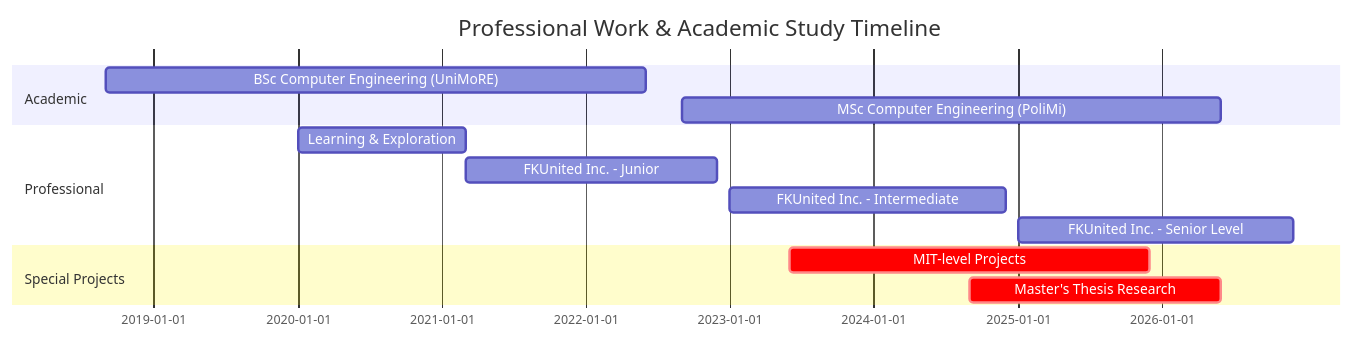
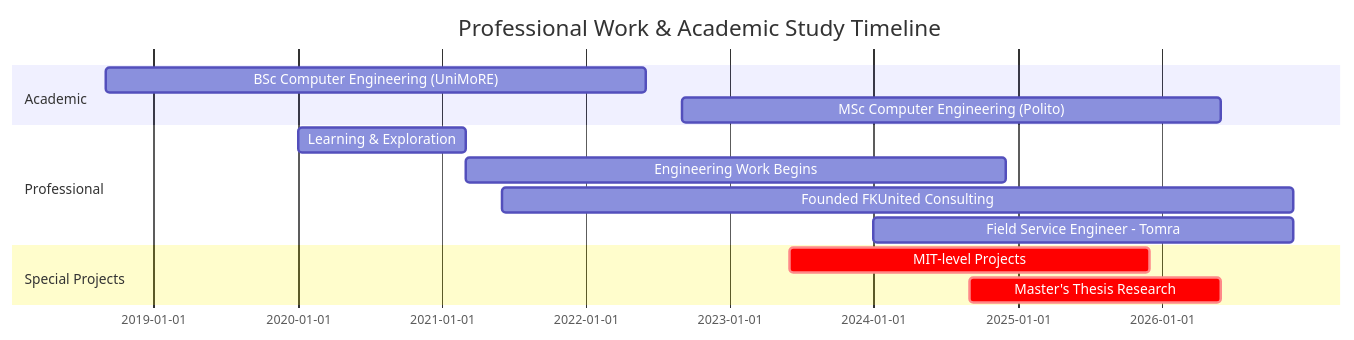
One commit to hamsta25/Himalaya changed the sixth of 15 diagrams in diagrams/professional-journey.md. Above: the diagram before and after it, drawn with Mermaid. The commit also changed other lines of this file and 10 other files, not shown here.

````diff
--- a/diagrams/professional-journey.md
+++ b/diagrams/professional-journey.md
@@ -244,19 +245,19 @@
 ```mermaid
 gantt
     title Professional Work & Academic Study Timeline
     dateFormat YYYY-MM
     
     section Academic
     BSc Computer Engineering (UniMoRE)    :2018-09, 2022-06
-    MSc Computer Engineering (PoliMi)     :2022-09, 2026-06
+    MSc Computer Engineering (Polito)     :2022-09, 2026-06
     
     section Professional
     Learning & Exploration                :2020-01, 2021-03
-    FKUnited Inc. - Junior                :2021-03, 2022-12
-    FKUnited Inc. - Intermediate          :2023-01, 2024-12
-    FKUnited Inc. - Senior Level          :2025-01, 2026-12
+    Engineering Work Begins               :2021-03, 2024-12
+    Founded FKUnited Consulting           :2021-06, 2026-12
+    Field Service Engineer - Tomra        :2024-01, 2026-12
     
     section Special Projects
     MIT-level Projects                    :crit, 2023-06, 2025-12
     Master's Thesis Research              :crit, 2024-09, 2026-06
 ```
````
